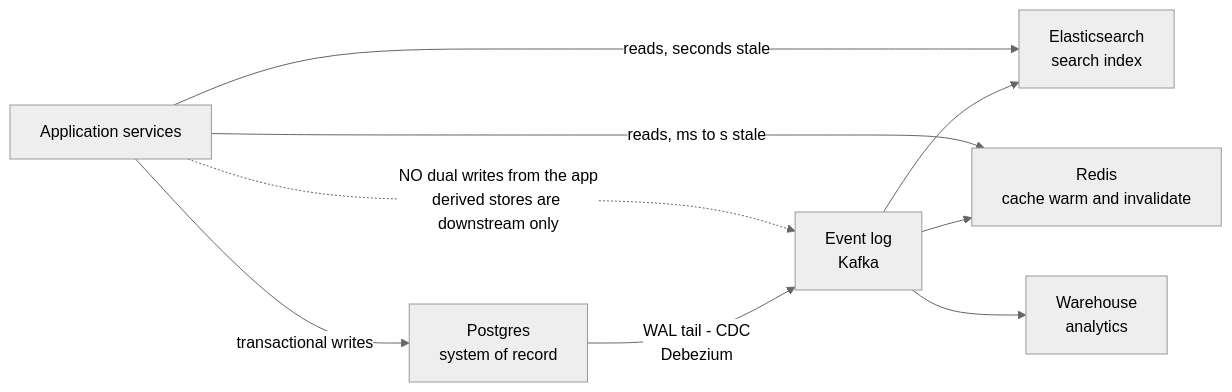
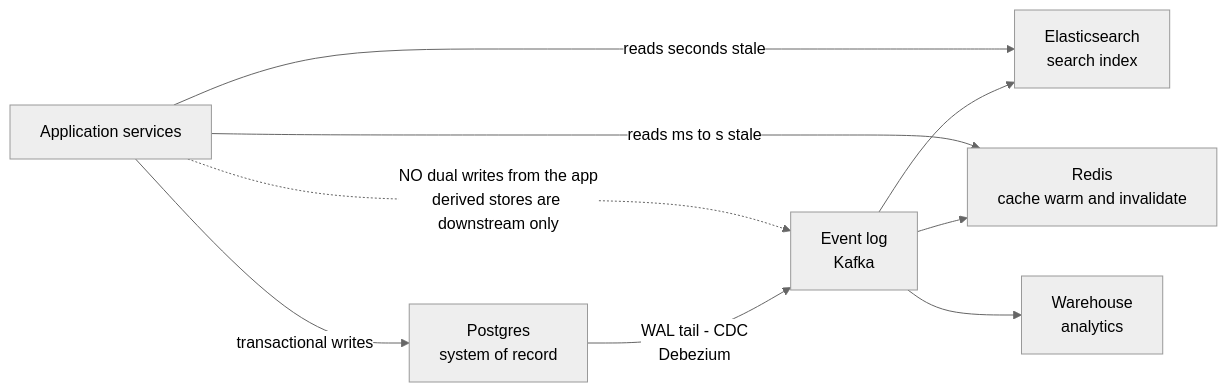
The fourth of 7 diagrams in vol-05-databases/ch11-nosql.md (bumbsclaw/textbooks), drawn with Mermaid (neutral theme) before and after one commit. The commit also changed 173 other files, not shown here.

First line of the commit message:
fix(mermaid): close note brackets, semicolons in Notes, stateDiagram br -> dash, edge parens

````diff
--- a/vol-05-databases/ch11-nosql.md
+++ b/vol-05-databases/ch11-nosql.md
@@ -599,11 +599,11 @@
 ```mermaid
 flowchart LR
   APP["Application services"] -->|"transactional writes"| PG["Postgres<br/>system of record"]
-  PG -->|"WAL tail - CDC<br/>Debezium"| LOG["Event log<br/>Kafka"]
+  PG -->|"WAL tail - CDC<br >Debezium"| LOG["Event log<br/>Kafka"]
   LOG --> ES["Elasticsearch<br/>search index"]
   LOG --> RS["Redis<br/>cache warm and invalidate"]
   LOG --> DW["Warehouse<br/>analytics"]
-  APP -->|"reads, seconds stale"| ES
-  APP -->|"reads, ms to s stale"| RS
-  APP -.->|"NO dual writes from the app<br/>derived stores are downstream only"| LOG
+  APP -->|"reads seconds stale"| ES
+  APP -->|"reads ms to s stale"| RS
+  APP -.->|"NO dual writes from the app<br >derived stores are downstream only"| LOG
 ```
````
